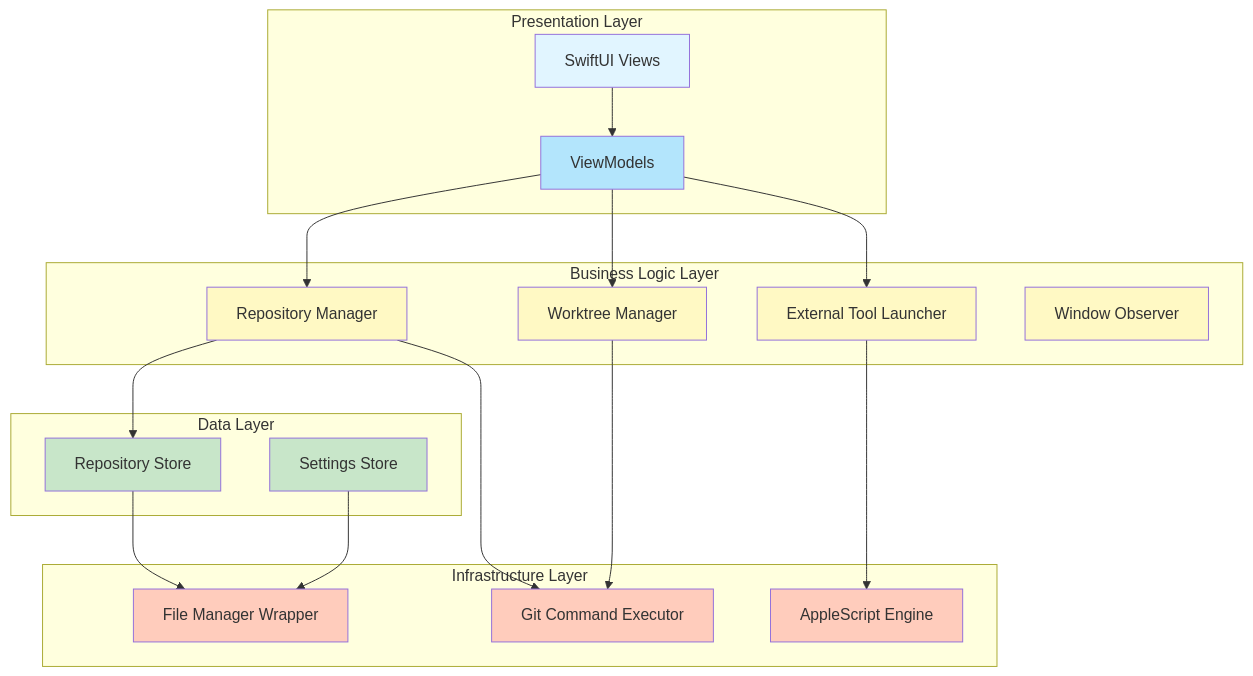
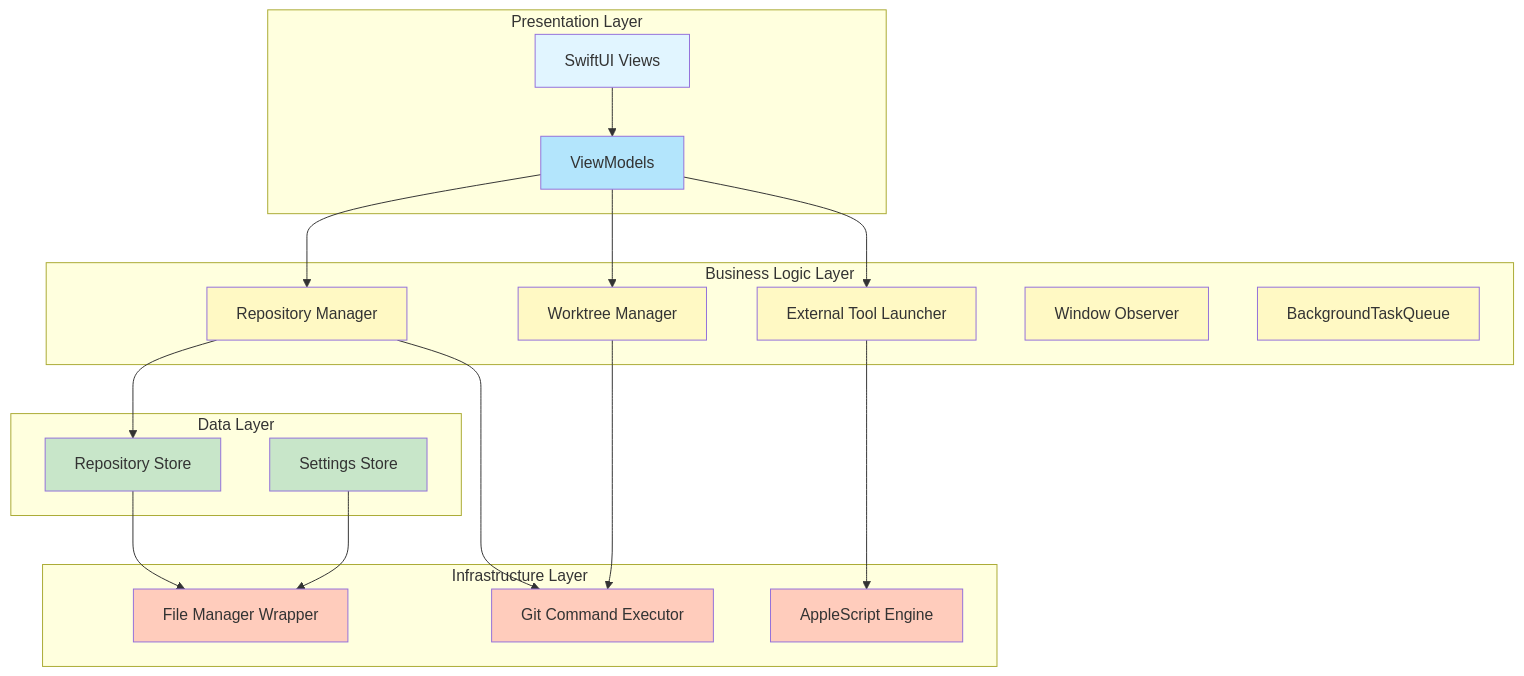
The fifth of 7 diagrams in docs/PRD.md (sapsaldog/oh-my-worktree), drawn with Mermaid before and after one commit. The commit also changed other lines of this file and 15 other files, not shown here.

First line of the commit message:
Add background task queue and native multi-select bulk operations (FR-031/032/033)

````diff
--- a/docs/PRD.md
+++ b/docs/PRD.md
@@ -1260,50 +1385,52 @@
 ```mermaid
 graph TB
     subgraph "Presentation Layer"
         A[SwiftUI Views]
         B[ViewModels]
     end
 
     subgraph "Business Logic Layer"
         C[Repository Manager]
         D[Worktree Manager]
         E[External Tool Launcher]
         K[Window Observer]
+        L[BackgroundTaskQueue]
     end
 
     subgraph "Data Layer"
         F[Repository Store]
         G[Settings Store]
     end
 
     subgraph "Infrastructure Layer"
         H[Git Command Executor]
         I[File Manager Wrapper]
         J[AppleScript Engine]
     end
 
     A --> B
     B --> C
     B --> D
     B --> E
 
     C --> F
     C --> H
     D --> H
     E --> J
 
     F --> I
     G --> I
 
     style A fill:#e1f5ff
     style B fill:#b3e5fc
     style C fill:#fff9c4
     style D fill:#fff9c4
     style E fill:#fff9c4
     style K fill:#fff9c4
+    style L fill:#fff9c4
     style F fill:#c8e6c9
     style G fill:#c8e6c9
     style H fill:#ffccbc
     style I fill:#ffccbc
     style J fill:#ffccbc
 ```
````
